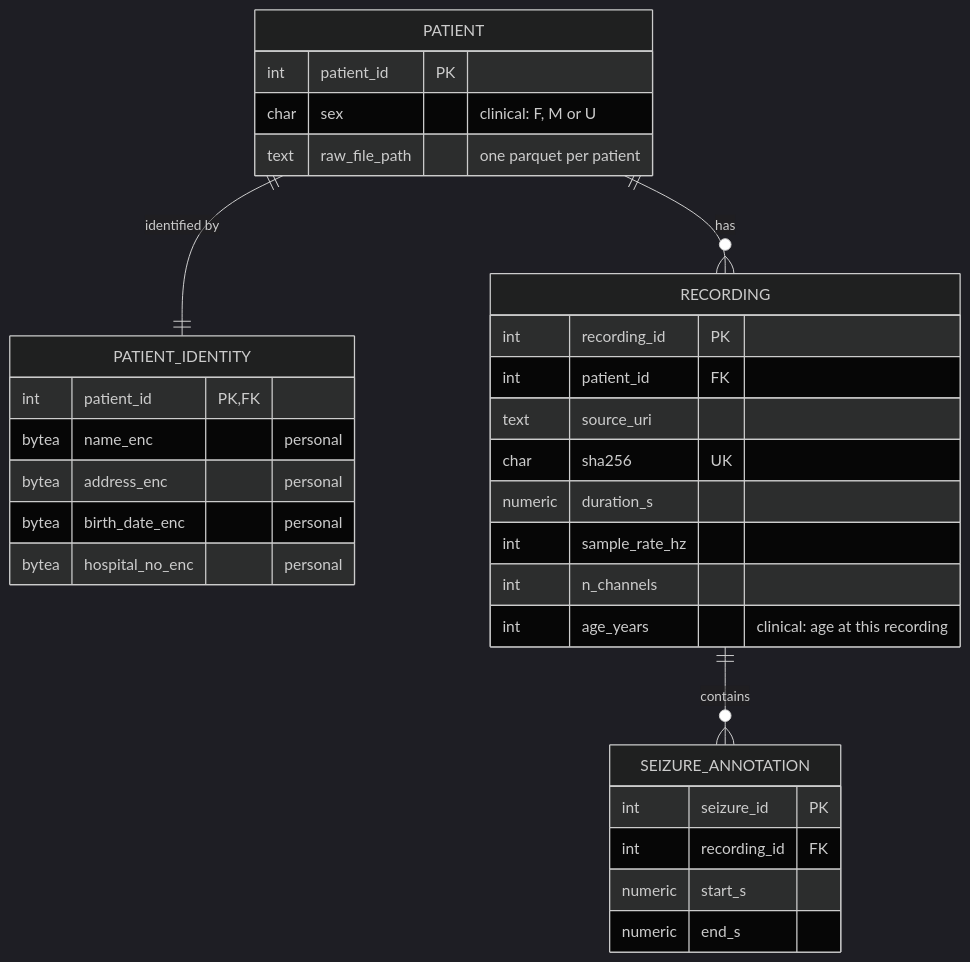
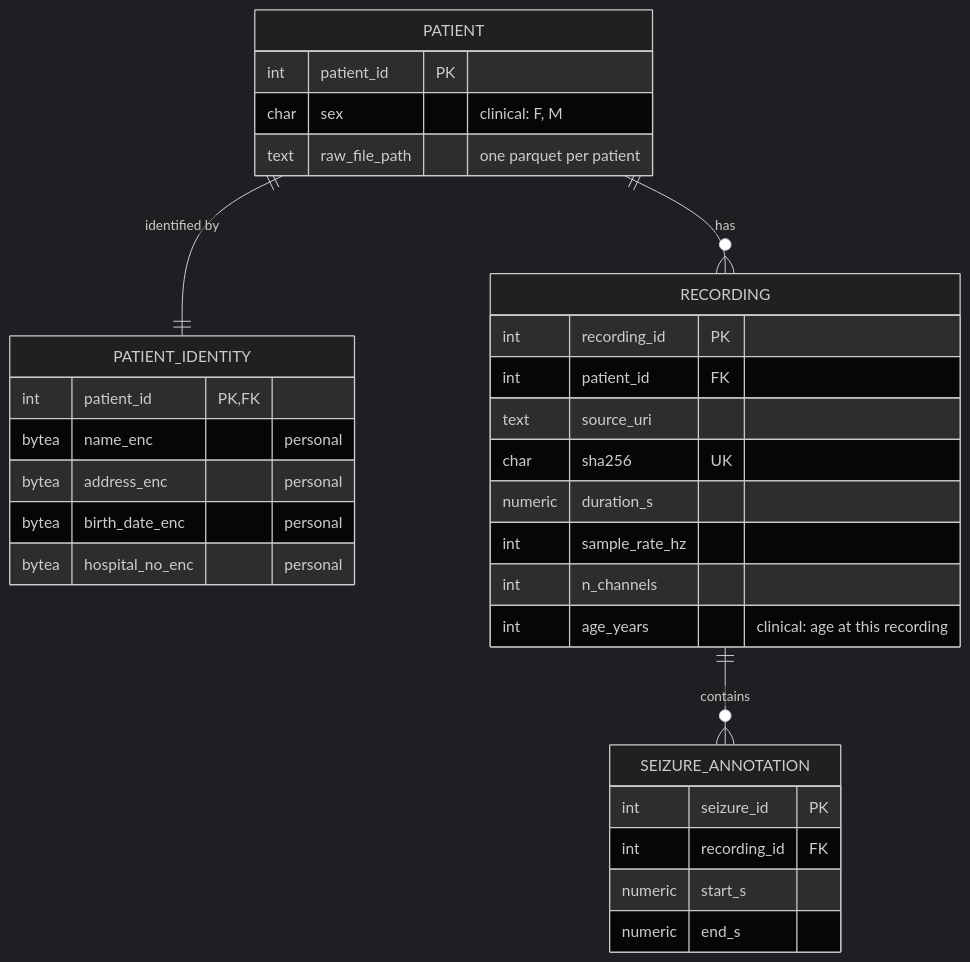
The second of 2 diagrams in REQUIRENTS.md (IronMax03/trainingDataManager), drawn with Mermaid (dark theme) before and after one commit.

````diff
--- a/REQUIRENTS.md
+++ b/REQUIRENTS.md
@@ -38,35 +38,35 @@
 ```mermaid
 erDiagram
     PATIENT ||--|| PATIENT_IDENTITY : "identified by"
     PATIENT ||--o{ RECORDING : has
     RECORDING ||--o{ SEIZURE_ANNOTATION : contains
 
     PATIENT {
         int patient_id PK
-        char sex "clinical: F, M or U"
+        char sex "clinical: F, M"
         text raw_file_path "one parquet per patient"
     }
     PATIENT_IDENTITY {
         int patient_id PK, FK
         bytea name_enc "personal"
         bytea address_enc "personal"
         bytea birth_date_enc "personal"
         bytea hospital_no_enc "personal"
     }
     RECORDING {
         int recording_id PK
         int patient_id FK
         text source_uri
         char sha256 UK
         numeric duration_s
         int sample_rate_hz
         int n_channels
         int age_years "clinical: age at this recording"
     }
     SEIZURE_ANNOTATION {
         int seizure_id PK
         int recording_id FK
         numeric start_s
         numeric end_s
     }
 ```
````
